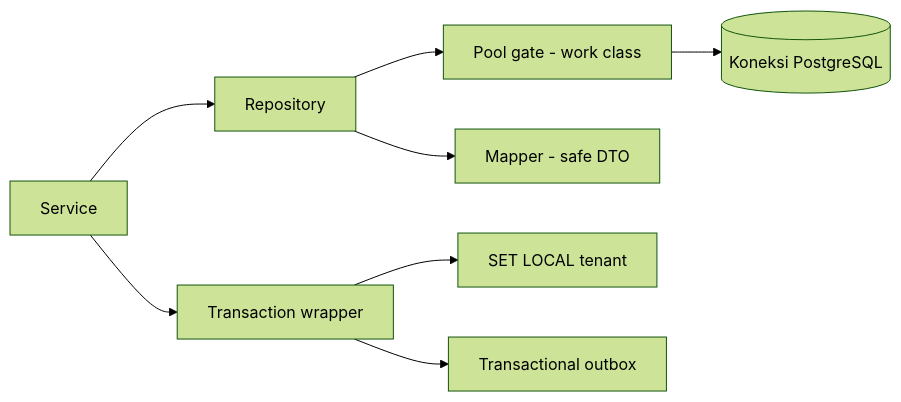
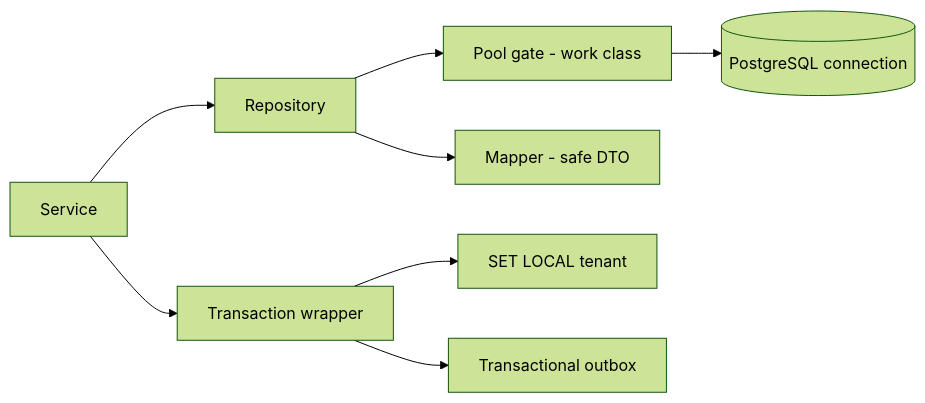
Before and after one commit to ahliweb/awcms: the first of 5 diagrams in docs/awcms/16_backend_data_access_integration.md, drawn with Mermaid (forest theme). The commit also changed other lines of this file and 603 other files, not shown here.

````diff
--- a/docs/awcms/16_backend_data_access_integration.md
+++ b/docs/awcms/16_backend_data_access_integration.md
@@ -27,10 +29,10 @@
 ```mermaid
 flowchart LR
   Svc[Service] --> Repo[Repository]
   Repo --> Pool[Pool gate - work class]
-  Pool --> Conn[(Koneksi PostgreSQL)]
+  Pool --> Conn[(PostgreSQL connection)]
   Repo --> Map[Mapper - safe DTO]
   Svc --> Tx[Transaction wrapper]
   Tx --> Rls[SET LOCAL tenant]
   Tx --> Outbox[Transactional outbox]
 ```
````
